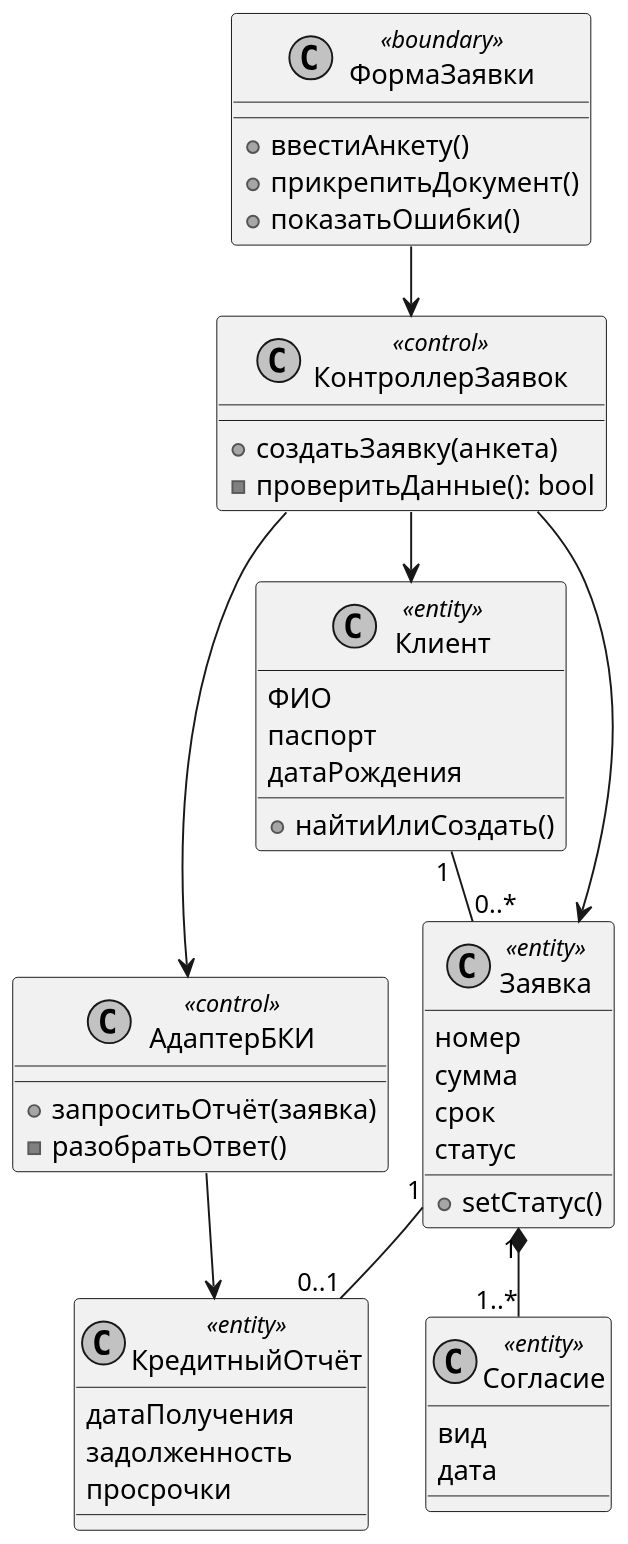
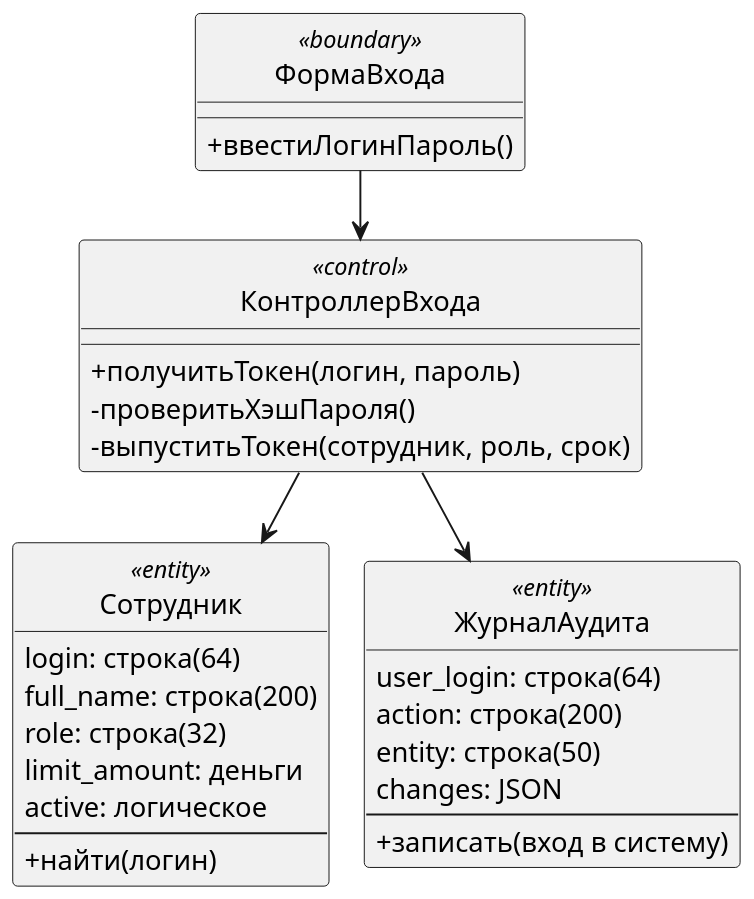
Before and after one commit to DarkSwordman999/credit-scoring-dss: the diagram in diagrams/uml_vopc_0.puml, drawn with PlantUML. The commit also changed 177 other files, not shown here.

Commit message:
ПР 7-8 пересобран: диаграммы взаимодействия по всем вариантам использования, классы, состояния, компоненты и развёртывание

```diff
--- a/diagrams/uml_vopc_0.puml
+++ b/diagrams/uml_vopc_0.puml
@@ -1,50 +1,37 @@
 @startuml
 !pragma layout smetana
 skinparam dpi 150
 skinparam defaultFontName Arial
 skinparam shadowing false
 skinparam monochrome true
-class ФормаЗаявки <<boundary>> {
- +ввестиАнкету()
- +прикрепитьДокумент()
- +показатьОшибки()
+hide circle
+skinparam classAttributeIconSize 0
+class ФормаВхода <<boundary>> {
+ +ввестиЛогинПароль()
 }
-class КонтроллерЗаявок <<control>> {
- +создатьЗаявку(анкета)
- -проверитьДанные(): bool
+class КонтроллерВхода <<control>> {
+ +получитьТокен(логин, пароль)
+ -проверитьХэшПароля()
+ -выпуститьТокен(сотрудник, роль, срок)
 }
-class АдаптерБКИ <<control>> {
- +запроситьОтчёт(заявка)
- -разобратьОтвет()
+class Сотрудник <<entity>> {
+ {field} login: строка(64)
+ {field} full_name: строка(200)
+ {field} role: строка(32)
+ {field} limit_amount: деньги
+ {field} active: логическое
+ --
+ +найти(логин)
 }
-class Клиент <<entity>> {
- ФИО
- паспорт
- датаРождения
- +найтиИлиСоздать()
+class ЖурналАудита <<entity>> {
+ {field} user_login: строка(64)
+ {field} action: строка(200)
+ {field} entity: строка(50)
+ {field} changes: JSON
+ --
+ +записать(вход в систему)
 }
-class Заявка <<entity>> {
- номер
- сумма
- срок
- статус
- +setСтатус()
-}
-class Согласие <<entity>> {
- вид
- дата
-}
-class КредитныйОтчёт <<entity>> {
- датаПолучения
- задолженность
- просрочки
-}
-ФормаЗаявки --> КонтроллерЗаявок
-КонтроллерЗаявок --> Клиент
-КонтроллерЗаявок --> Заявка
-КонтроллерЗаявок --> АдаптерБКИ
-Клиент "1" -- "0..*" Заявка
-Заявка "1" *-- "1..*" Согласие
-Заявка "1" -- "0..1" КредитныйОтчёт
-АдаптерБКИ --> КредитныйОтчёт
+ФормаВхода --> КонтроллерВхода
+КонтроллерВхода --> Сотрудник
+КонтроллерВхода --> ЖурналАудита
 @enduml
```
